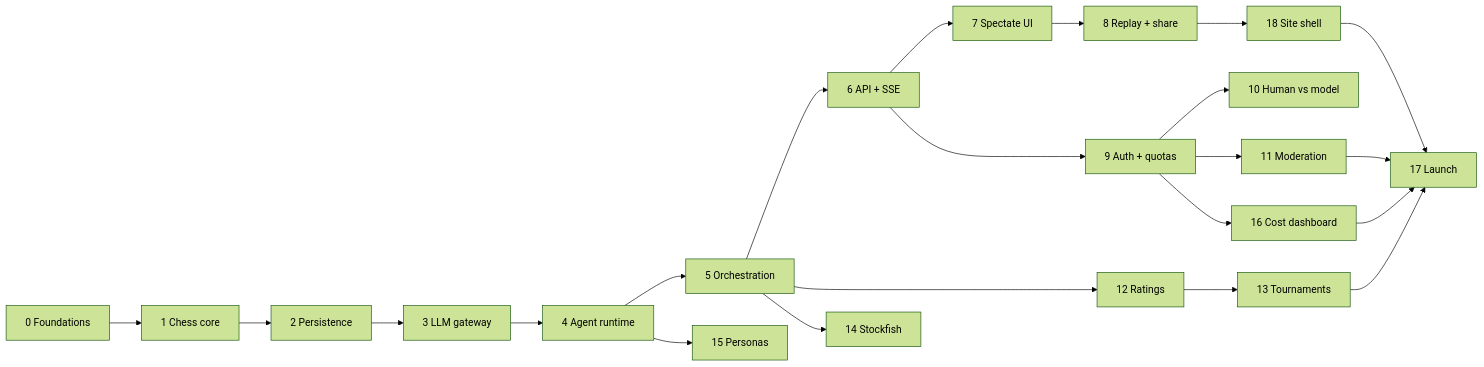
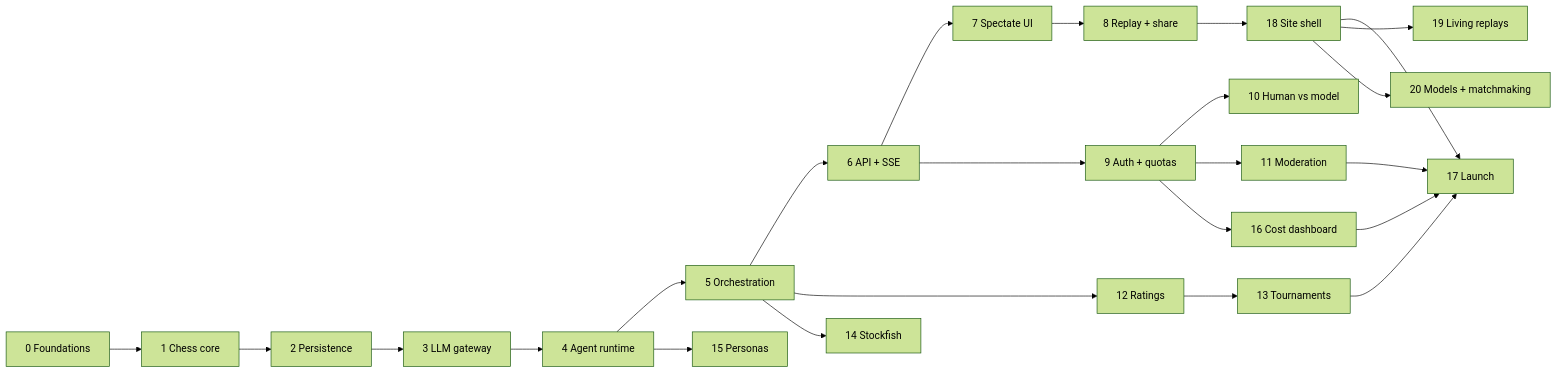
One commit to ahmedsaed/chessmark changed the diagram in docs/ROADMAP.md. Above: the diagram before and after it, drawn with Mermaid (forest theme). The commit also changed other lines of this file, not shown here.

First line of the commit message:
docs(roadmap): scope living replays and model pages as Phases 19 and 20

````diff
--- a/docs/ROADMAP.md
+++ b/docs/ROADMAP.md
@@ -21,24 +21,26 @@
 ```mermaid
 flowchart LR
     P0[0 Foundations] --> P1[1 Chess core]
     P1 --> P2[2 Persistence]
     P2 --> P3[3 LLM gateway]
     P3 --> P4[4 Agent runtime]
     P4 --> P5[5 Orchestration]
     P5 --> P6[6 API + SSE]
     P6 --> P7[7 Spectate UI]
     P7 --> P8[8 Replay + share]
     P6 --> P9[9 Auth + quotas]
     P9 --> P10[10 Human vs model]
     P9 --> P11[11 Moderation]
     P5 --> P12[12 Ratings]
     P12 --> P13[13 Tournaments]
     P5 --> P14[14 Stockfish]
     P4 --> P15[15 Personas]
     P9 --> P16[16 Cost dashboard]
     P8 --> P18[18 Site shell]
     P18 --> P17[17 Launch]
+    P18 --> P19[19 Living replays]
+    P18 --> P20[20 Models + matchmaking]
     P11 --> P17
     P13 --> P17
     P16 --> P17
 ```
````
